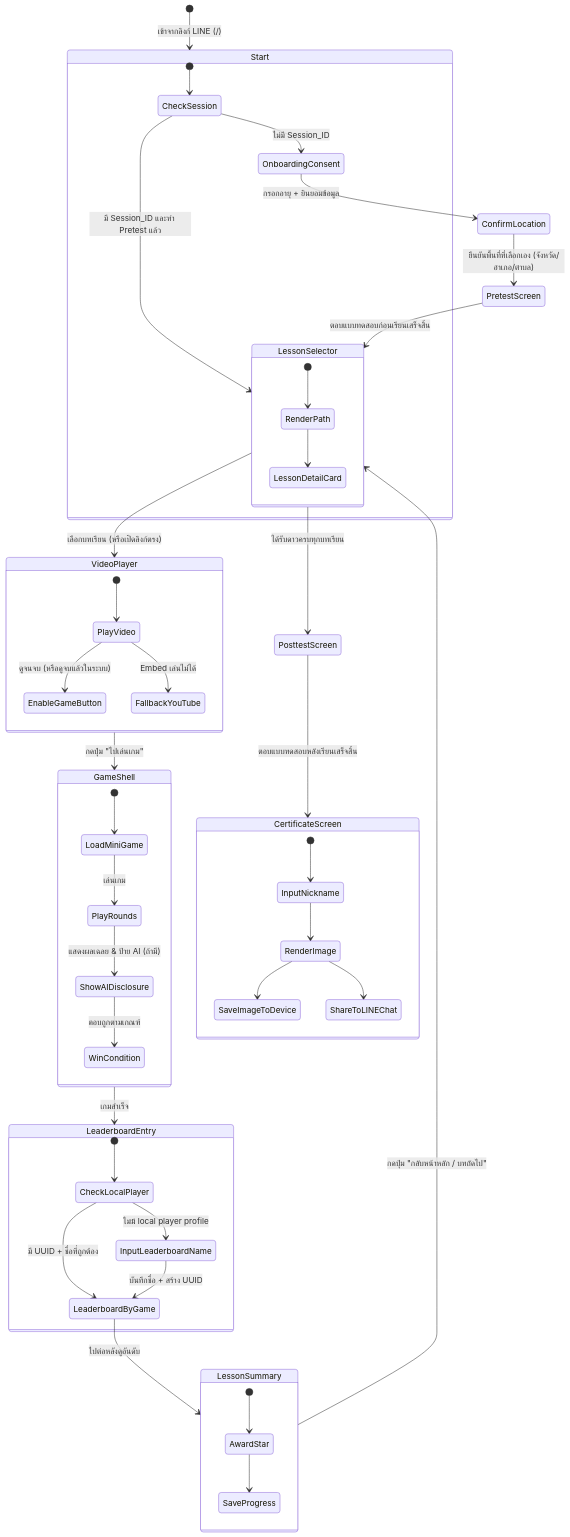
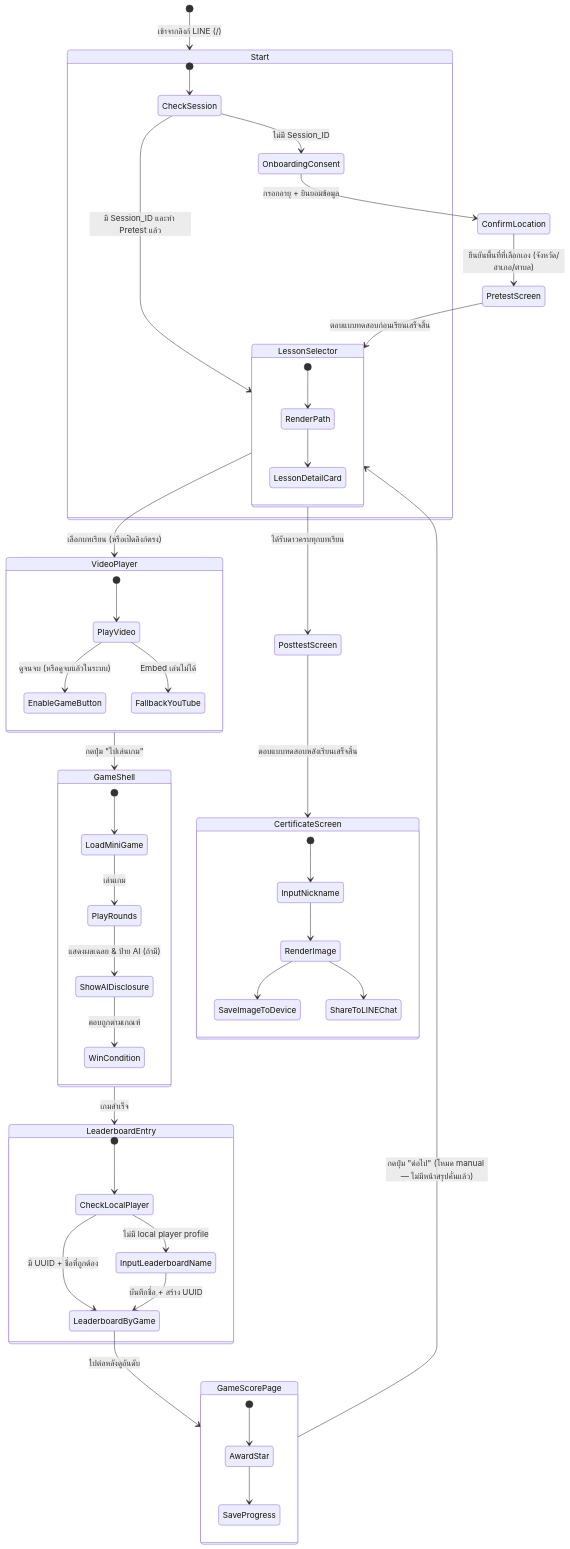
Before and after one commit to ChayutChanmueang/media-literacy-preview: the first of 3 diagrams in docs/software/04-application-flow.md, drawn with Mermaid. The commit also changed other lines of this file and 23 other files, not shown here.

````diff
--- a/docs/software/04-application-flow.md
+++ b/docs/software/04-application-flow.md
@@ -37,63 +37,63 @@
 ```mermaid
 stateDiagram-v2
     [*] --> Start : เข้าจากลิงก์ LINE (/)
     
     state Start {
         [*] --> CheckSession
         CheckSession --> OnboardingConsent : ไม่มี Session_ID
         CheckSession --> LessonSelector : มี Session_ID และทำ Pretest แล้ว
     }
 
     OnboardingConsent --> ConfirmLocation : กรอกอายุ + ยินยอมข้อมูล
     ConfirmLocation --> PretestScreen : ยืนยันพื้นที่ที่เลือกเอง (จังหวัด/อำเภอ/ตำบล)
     PretestScreen --> LessonSelector : ตอบแบบทดสอบก่อนเรียนเสร็จสิ้น
     
     state LessonSelector {
         [*] --> RenderPath
         RenderPath --> LessonDetailCard
     }
 
     LessonSelector --> VideoPlayer : เลือกบทเรียน (หรือเปิดลิงก์ตรง)
     
     state VideoPlayer {
         [*] --> PlayVideo
         PlayVideo --> EnableGameButton : ดูจนจบ (หรือดูจบแล้วในระบบ)
         PlayVideo --> FallbackYouTube : Embed เล่นไม่ได้
     }
 
     VideoPlayer --> GameShell : กดปุ่ม "ไปเล่นเกม"
     
     state GameShell {
         [*] --> LoadMiniGame
         LoadMiniGame --> PlayRounds : เล่นเกม
         PlayRounds --> ShowAIDisclosure : แสดงผลเฉลย & ป้าย AI (ถ้ามี)
         ShowAIDisclosure --> WinCondition : ตอบถูกตามเกณฑ์
     }
 
     GameShell --> LeaderboardEntry : เกมสำเร็จ
     
-    state LessonSummary {
+    state GameScorePage {
         [*] --> AwardStar
         AwardStar --> SaveProgress
     }
 
-    LessonSummary --> LessonSelector : กดปุ่ม "กลับหน้าหลัก / บทถัดไป"
+    GameScorePage --> LessonSelector : กดปุ่ม "ต่อไป" (โหมด manual — ไม่มีหน้าสรุปคั่นแล้ว)
     state LeaderboardEntry {
         [*] --> CheckLocalPlayer
         CheckLocalPlayer --> InputLeaderboardName : ไม่มี local player profile
         CheckLocalPlayer --> LeaderboardByGame : มี UUID + ชื่อที่ถูกต้อง
         InputLeaderboardName --> LeaderboardByGame : บันทึกชื่อ + สร้าง UUID
     }
 
-    LeaderboardByGame --> LessonSummary : ไปต่อหลังดูอันดับ
+    LeaderboardByGame --> GameScorePage : ไปต่อหลังดูอันดับ
     
     LessonSelector --> PosttestScreen : ได้รับดาวครบทุกบทเรียน
     PosttestScreen --> CertificateScreen : ตอบแบบทดสอบหลังเรียนเสร็จสิ้น
     
     state CertificateScreen {
         [*] --> InputNickname
         InputNickname --> RenderImage
         RenderImage --> SaveImageToDevice
         RenderImage --> ShareToLINEChat
     }
 ```
````
